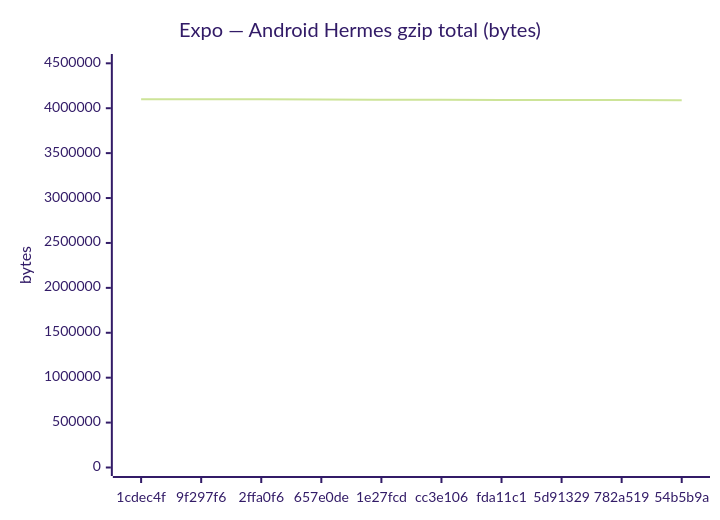
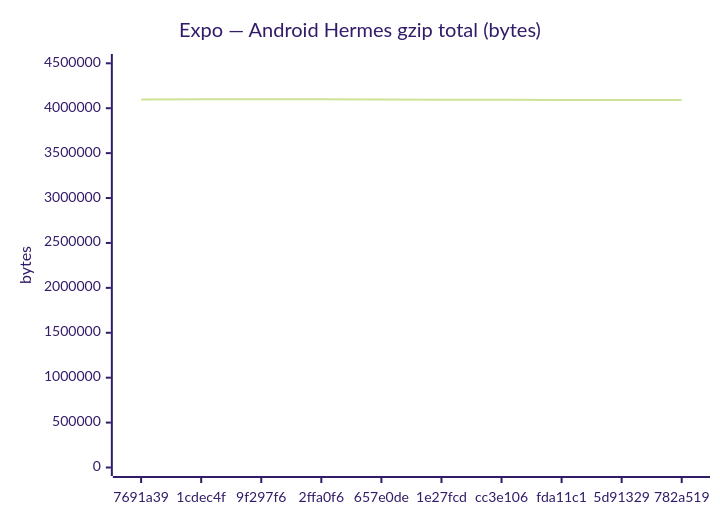
Before and after one commit to Metaheurist/Rianell: the fifth of 18 diagrams in benchmarks/compare.md, drawn with Mermaid (forest theme). The commit also changed other lines of this file and 11 other files, not shown here.

````diff
--- a/benchmarks/compare.md
+++ b/benchmarks/compare.md
@@ -89,7 +89,7 @@
 ```mermaid
 xychart-beta
     title "Expo — Android Hermes gzip total (bytes)"
-    x-axis ["1cdec4f", "9f297f6", "2ffa0f6", "657e0de", "1e27fcd", "cc3e106", "fda11c1", "5d91329", "782a519", "54b5b9a"]
+    x-axis ["7691a39", "1cdec4f", "9f297f6", "2ffa0f6", "657e0de", "1e27fcd", "cc3e106", "fda11c1", "5d91329", "782a519"]
     y-axis "bytes" 0 --> 4509037
-    line [4099120, 4099121, 4099124, 4098083, 4094465, 4094465, 4090789, 4090787, 4090360, 4089313]
+    line [4098083, 4099120, 4099121, 4099124, 4098083, 4094465, 4094465, 4090789, 4090787, 4090360]
 ```
````
